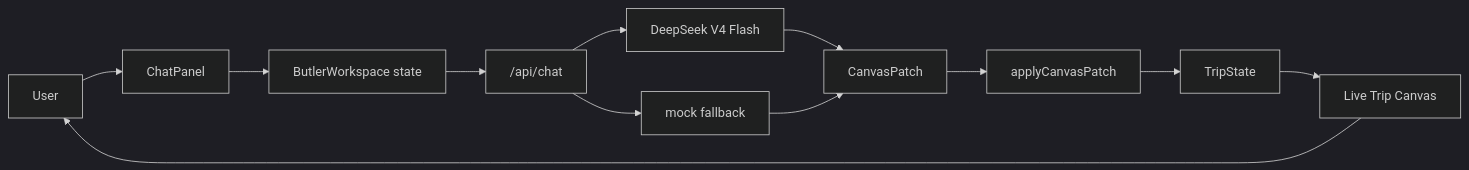
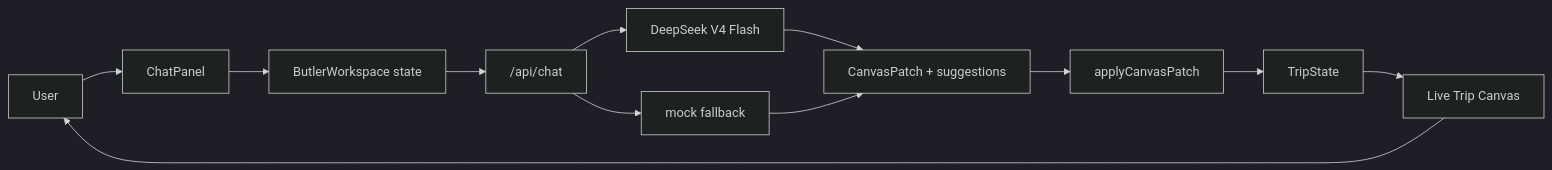
Before and after one commit to JTCAO515/VP-Codex-Final: the first of 2 diagrams in DESIGN.md, drawn with Mermaid (dark theme). The commit also changed other lines of this file and 17 other files, not shown here.

````diff
--- a/DESIGN.md
+++ b/DESIGN.md
@@ -7,14 +7,14 @@
 ```mermaid
 flowchart LR
     User["User"] --> ChatPanel["ChatPanel"]
     ChatPanel --> ButlerWorkspace["ButlerWorkspace state"]
     ButlerWorkspace --> ChatAPI["/api/chat"]
     ChatAPI --> DeepSeek["DeepSeek V4 Flash"]
     ChatAPI --> MockAI["mock fallback"]
-    DeepSeek --> Patch["CanvasPatch"]
+    DeepSeek --> Patch["CanvasPatch + suggestions"]
     MockAI --> Patch
     Patch --> Reducer["applyCanvasPatch"]
     Reducer --> TripState["TripState"]
     TripState --> TripCanvas["Live Trip Canvas"]
     TripCanvas --> User
 ```
````
